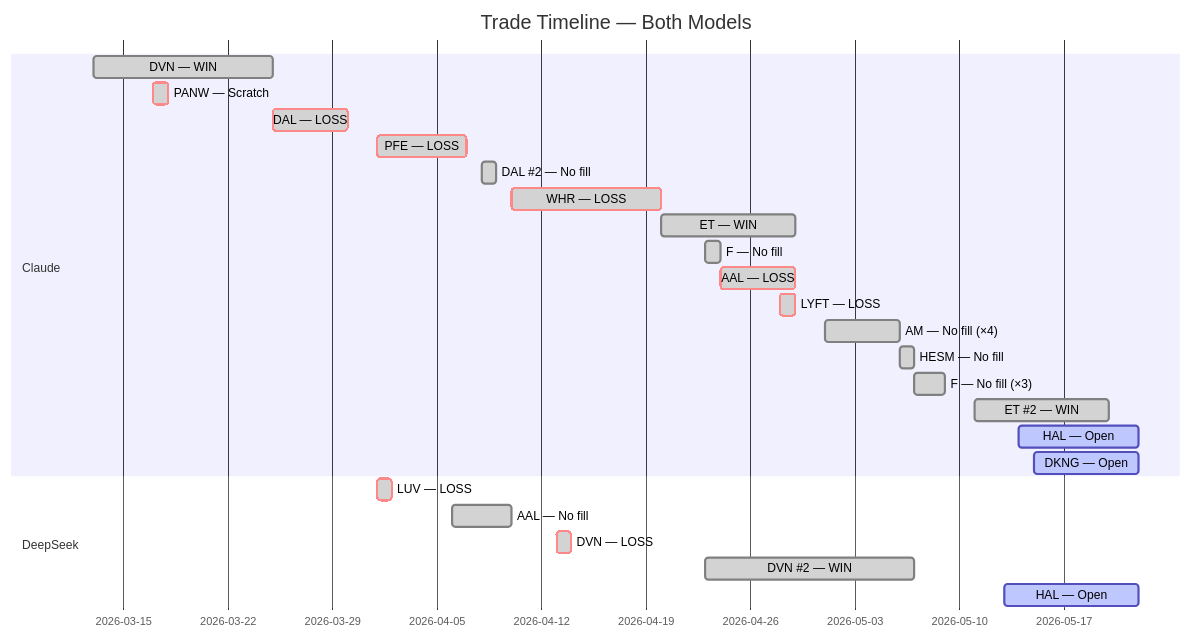
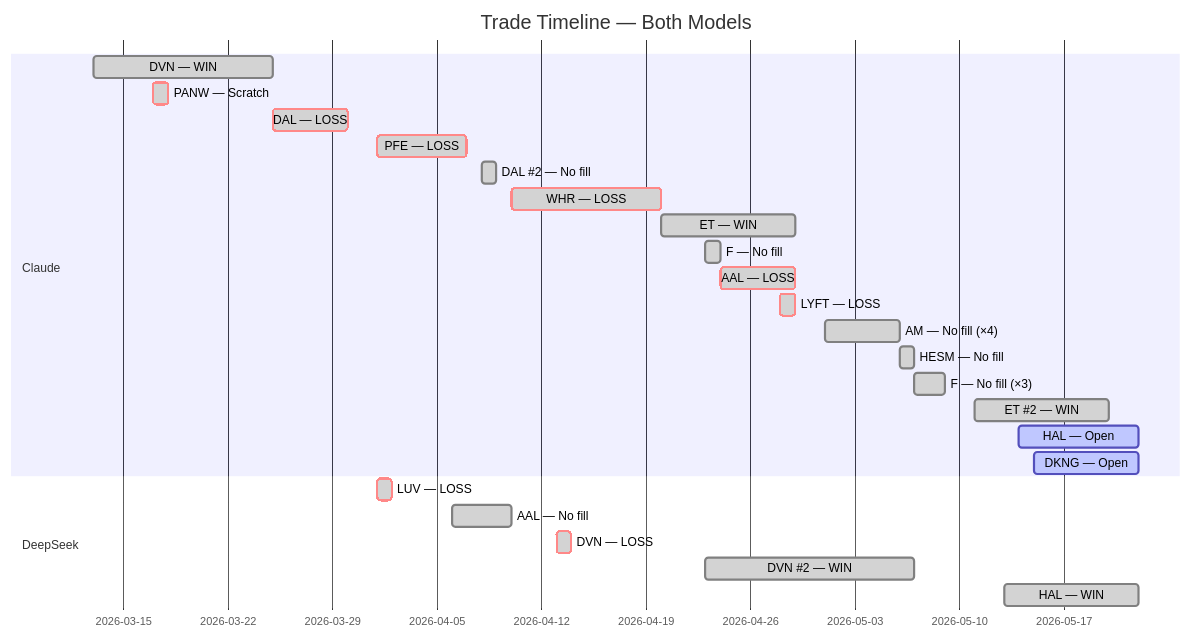
The fifth of 5 diagrams in README.md (zachisit/ai-auto-buy-thesis), drawn with Mermaid before and after one commit. The commit also changed other lines of this file and 2 other files, not shown here.

````diff
--- a/README.md
+++ b/README.md
@@ -63,28 +63,28 @@
 ```mermaid
 gantt
     title Trade Timeline — Both Models
     dateFormat YYYY-MM-DD
     section Claude
     DVN — WIN            :done,    2026-03-13, 2026-03-25
     PANW — Scratch       :crit, done, 2026-03-17, 2026-03-18
     DAL — LOSS           :crit, done, 2026-03-25, 2026-03-30
     PFE — LOSS           :crit, done, 2026-04-01, 2026-04-07
     DAL #2 — No fill     :done,    2026-04-08, 2026-04-09
     WHR — LOSS           :crit, done, 2026-04-10, 2026-04-20
     ET — WIN             :done,    2026-04-20, 2026-04-29
     F — No fill          :done,    2026-04-23, 2026-04-24
     AAL — LOSS           :crit, done, 2026-04-24, 2026-04-29
     LYFT — LOSS          :crit, done, 2026-04-28, 2026-04-29
     AM — No fill (×4)    :done,    2026-05-01, 2026-05-06
     HESM — No fill       :done,    2026-05-06, 2026-05-07
     F — No fill (×3)     :done,    2026-05-07, 2026-05-09
     ET #2 — WIN          :done,    2026-05-11, 2026-05-20
     HAL — Open           :active,  2026-05-14, 2026-05-22
     DKNG — Open          :active,  2026-05-15, 2026-05-22
     section DeepSeek
     LUV — LOSS           :crit, done, 2026-04-01, 2026-04-02
     AAL — No fill        :done,    2026-04-06, 2026-04-10
     DVN — LOSS           :crit, done, 2026-04-13, 2026-04-14
     DVN #2 — WIN         :done,    2026-04-23, 2026-05-07
-    HAL — Open           :active,  2026-05-13, 2026-05-22
+    HAL — WIN            :done,    2026-05-13, 2026-05-22
 ```
````
